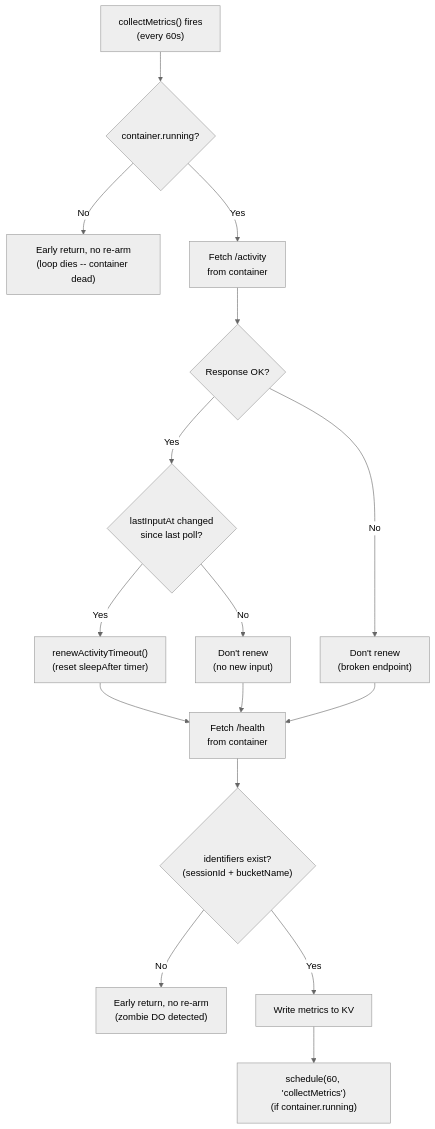
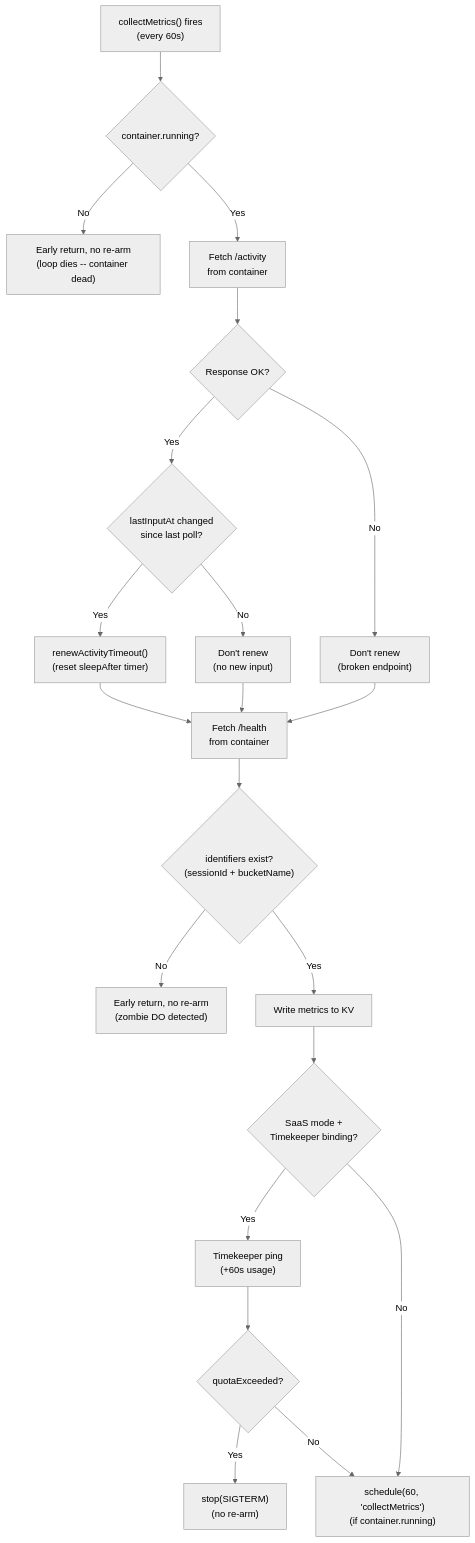
One commit to nikolanovoselec/codeflare changed the second of 14 diagrams in TECHNICAL.md. Above: the diagram before and after it, drawn with Mermaid (neutral theme). The commit also changed other lines of this file and 26 other files, not shown here.

````diff
--- a/TECHNICAL.md
+++ b/TECHNICAL.md
@@ -131,18 +132,23 @@
 ```mermaid
 flowchart TD
     CM["collectMetrics() fires<br/>(every 60s)"] --> CRunning{"container.running?"}
     CRunning -->|No| Exit1["Early return, no re-arm<br/>(loop dies -- container dead)"]
     CRunning -->|Yes| FetchAct["Fetch /activity<br/>from container"]
     FetchAct --> ActOK{"Response OK?"}
     ActOK -->|No| NoRenewErr["Don't renew<br/>(broken endpoint)"]
     ActOK -->|Yes| InputChanged{"lastInputAt changed<br/>since last poll?"}
     InputChanged -->|Yes| Renew["renewActivityTimeout()<br/>(reset sleepAfter timer)"]
     InputChanged -->|No| NoRenew["Don't renew<br/>(no new input)"]
     Renew --> FetchHealth["Fetch /health<br/>from container"]
     NoRenew --> FetchHealth
     NoRenewErr --> FetchHealth
     FetchHealth --> IDs{"identifiers exist?<br/>(sessionId + bucketName)"}
     IDs -->|No| Exit2["Early return, no re-arm<br/>(zombie DO detected)"]
     IDs -->|Yes| WriteKV["Write metrics to KV"]
-    WriteKV --> ReArm["schedule(60, 'collectMetrics')<br/>(if container.running)"]
+    WriteKV --> TK{"SaaS mode +<br/>Timekeeper binding?"}
+    TK -->|Yes| Ping["Timekeeper ping<br/>(+60s usage)"]
+    Ping --> QuotaCheck{"quotaExceeded?"}
+    QuotaCheck -->|Yes| Stop["stop(SIGTERM)<br/>(no re-arm)"]
+    QuotaCheck -->|No| ReArm["schedule(60, 'collectMetrics')<br/>(if container.running)"]
+    TK -->|No| ReArm
 ```
````
